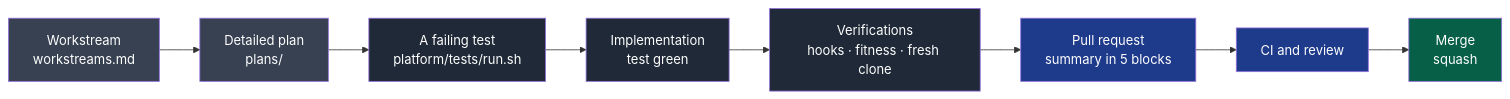
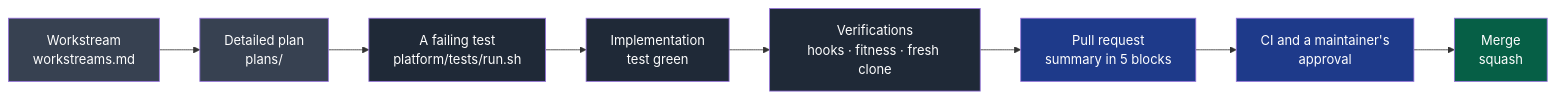
Before and after one commit to NapkinStack/engineering-os: the first of 2 diagrams in CONTRIBUTING.md, drawn with Mermaid. The commit also changed other lines of this file and 3 other files, not shown here.

````diff
--- a/CONTRIBUTING.md
+++ b/CONTRIBUTING.md
@@ -8,15 +8,15 @@
 ```mermaid
 flowchart LR
     C["Workstream<br/>workstreams.md"]:::tracking --> P["Detailed plan<br/>plans/"]:::tracking
     P --> T["A failing test<br/>platform/tests/run.sh"]:::code
     T --> I["Implementation<br/>test green"]:::code
     I --> V["Verifications<br/>hooks · fitness · fresh clone"]:::code
     V --> R["Pull request<br/>summary in 5 blocks"]:::review
-    R --> CI["CI and review"]:::review
+    R --> CI["CI and a maintainer's<br/>approval"]:::review
     CI --> M["Merge<br/>squash"]:::done
 
     classDef tracking fill:#374151,color:#fff
     classDef code fill:#1f2937,color:#fff
     classDef review fill:#1e3a8a,color:#fff
     classDef done fill:#065f46,color:#fff
 ```
````
